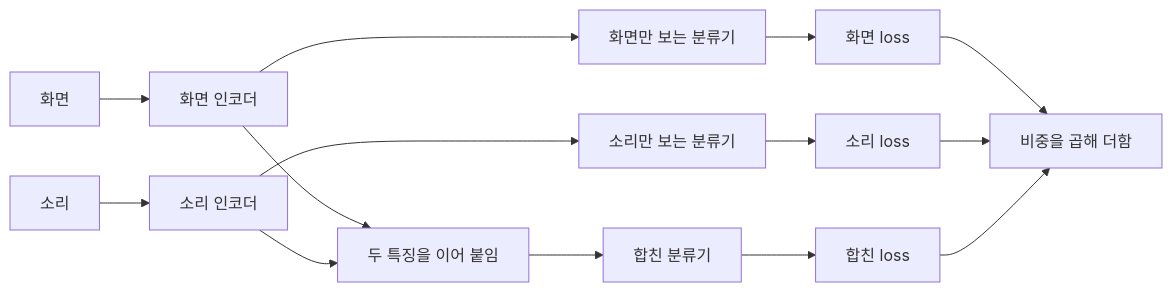
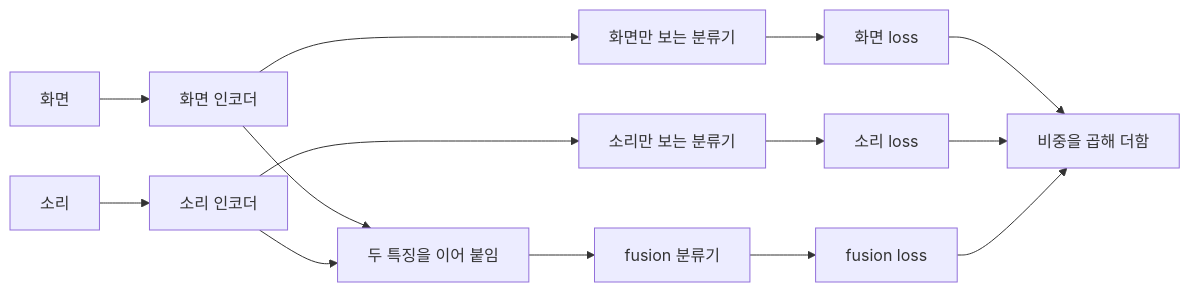
Before and after one commit to zzong2006/zzong2006.github.io: the diagram in content/machine_learning/loss/Focal Loss와 Gradient Blending.md, drawn with Mermaid. The commit also changed other lines of this file, not shown here.

First line of the commit message:
Call the joint head fusion classifier in Focal Loss note

````diff
--- a/content/machine_learning/loss/Focal Loss와 Gradient Blending.md
+++ b/content/machine_learning/loss/Focal Loss와 Gradient Blending.md
@@ -119,13 +119,13 @@
 ```mermaid
 flowchart LR
   V[화면] --> EV[화면 인코더]
   A[소리] --> EA[소리 인코더]
   EV --> HV[화면만 보는 분류기] --> LV[화면 loss]
   EA --> HA[소리만 보는 분류기] --> LA[소리 loss]
   EV --> C[두 특징을 이어 붙임]
   EA --> C
-  C --> HF[합친 분류기] --> LF[합친 loss]
+  C --> HF[fusion 분류기] --> LF[fusion loss]
   LV --> S[비중을 곱해 더함]
   LA --> S
   LF --> S
 ```
````
